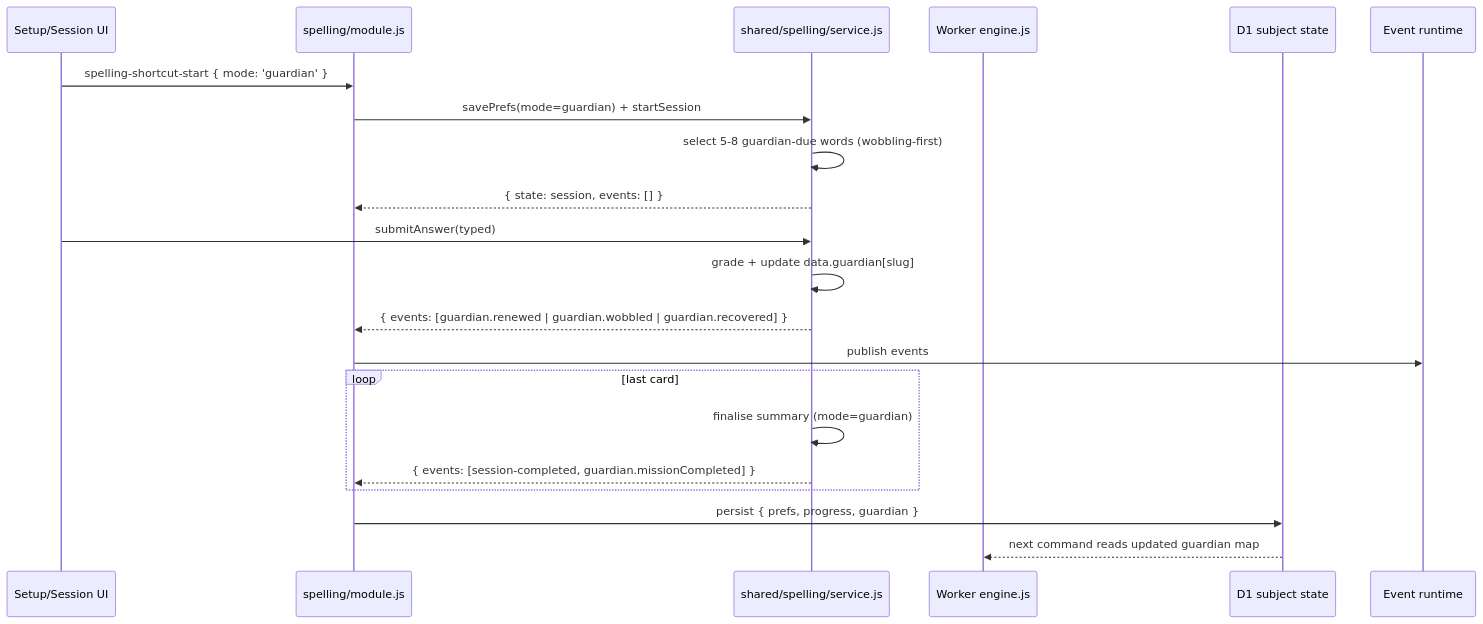
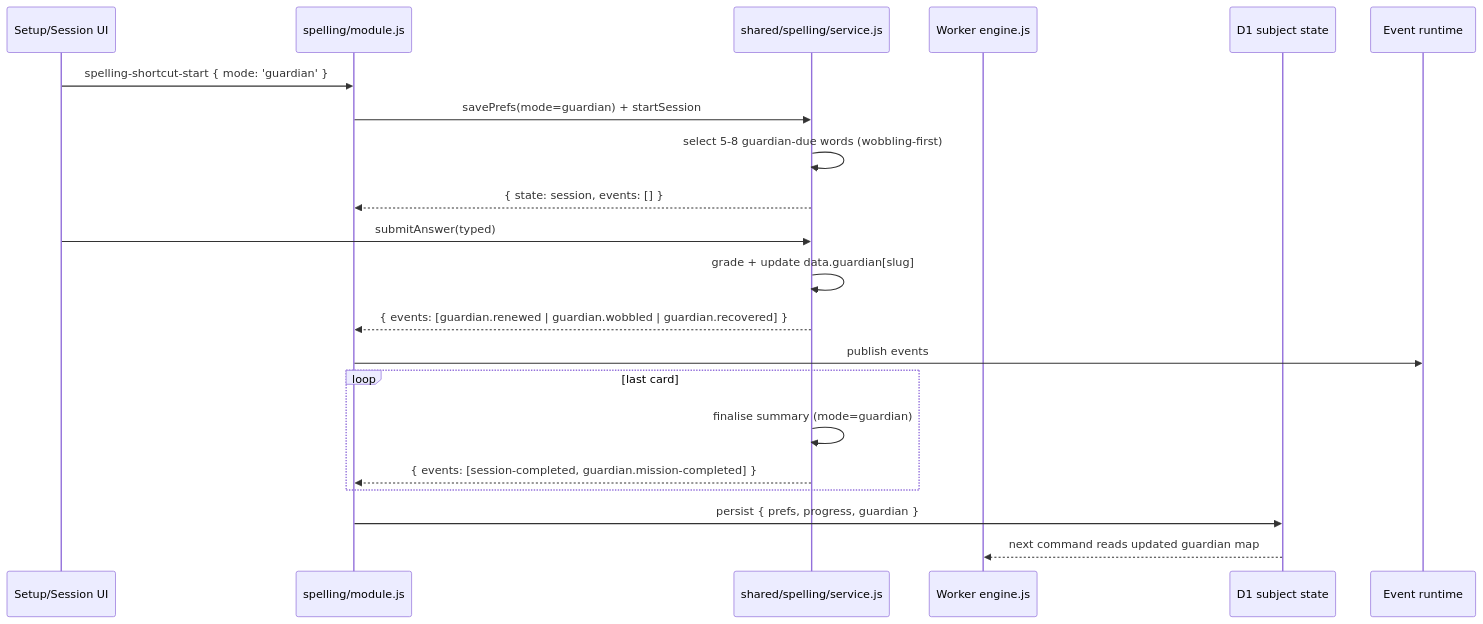
One commit to fol2/ks2-mastery changed the first of 2 diagrams in docs/plans/james/post-mega-spelling/2026-04-25-003-feat-post-mega-spelling-mvp-plan.md. Above: the diagram before and after it, drawn with Mermaid. The commit also changed other lines of this file, not shown here.

````diff
--- a/docs/plans/james/post-mega-spelling/2026-04-25-003-feat-post-mega-spelling-mvp-plan.md
+++ b/docs/plans/james/post-mega-spelling/2026-04-25-003-feat-post-mega-spelling-mvp-plan.md
@@ -172,24 +172,24 @@
 ```mermaid
 sequenceDiagram
     participant UI as Setup/Session UI
     participant Module as spelling/module.js
     participant Service as shared/spelling/service.js
     participant Engine as Worker engine.js
     participant Repo as D1 subject state
     participant Events as Event runtime
 
     UI->>Module: spelling-shortcut-start { mode: 'guardian' }
     Module->>Service: savePrefs(mode=guardian) + startSession
     Service->>Service: select 5-8 guardian-due words (wobbling-first)
     Service-->>Module: { state: session, events: [] }
     UI->>Service: submitAnswer(typed)
     Service->>Service: grade + update data.guardian[slug]
     Service-->>Module: { events: [guardian.renewed | guardian.wobbled | guardian.recovered] }
     Module->>Events: publish events
     loop last card
         Service->>Service: finalise summary (mode=guardian)
-        Service-->>Module: { events: [session-completed, guardian.missionCompleted] }
+        Service-->>Module: { events: [session-completed, guardian.mission-completed] }
     end
     Module->>Repo: persist { prefs, progress, guardian }
     Repo-->>Engine: next command reads updated guardian map
 ```
````
